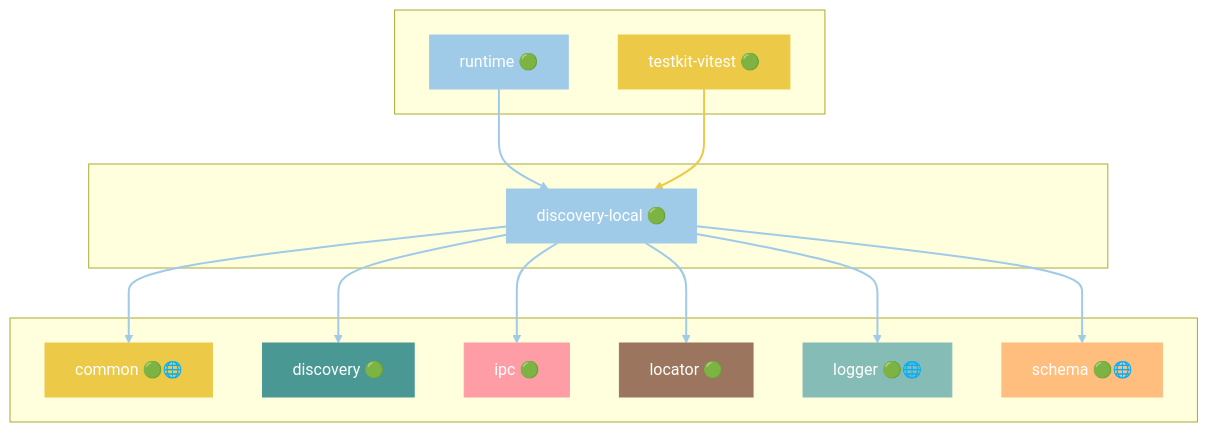
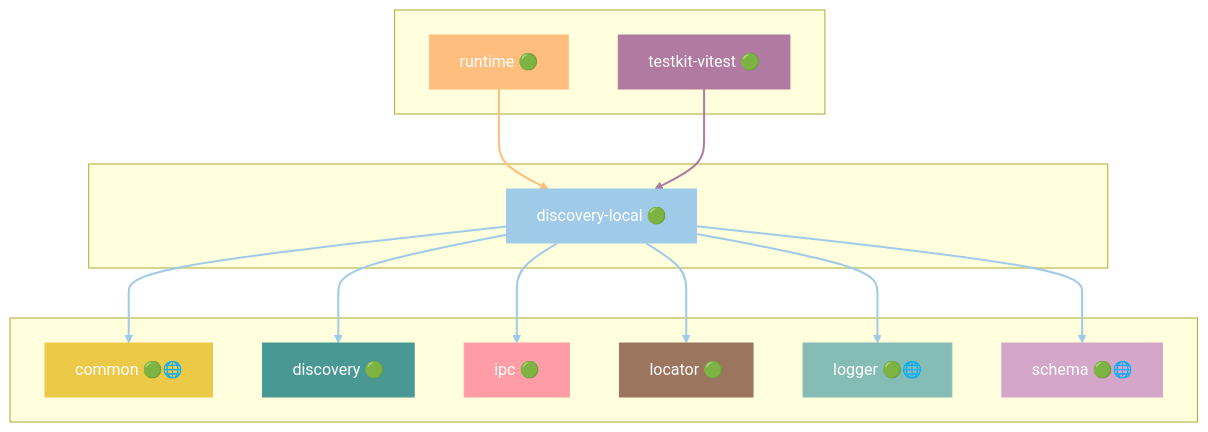
Before and after one commit to grest-ts/grest-ts: diagram 17 of 47 in docs/DEPENDENCIES.md, drawn with Mermaid. The commit also changed other lines of this file and 27 other files, not shown here.

````diff
--- a/docs/DEPENDENCIES.md
+++ b/docs/DEPENDENCIES.md
@@ -981,43 +965,43 @@
 ```mermaid
 flowchart TB
     subgraph Dependents[" "]
         runtime["runtime 🟢"]
         testkit-vitest["testkit-vitest 🟢"]
     end
     subgraph Package[" "]
         discovery-local["discovery-local 🟢"]
     end
     subgraph Dependencies[" "]
         common["common 🟢🌐"]
         discovery["discovery 🟢"]
         ipc["ipc 🟢"]
         locator["locator 🟢"]
         logger["logger 🟢🌐"]
         schema["schema 🟢🌐"]
     end
     runtime --> discovery-local
     testkit-vitest --> discovery-local
     discovery-local --> common
     discovery-local --> discovery
     discovery-local --> ipc
     discovery-local --> locator
     discovery-local --> logger
     discovery-local --> schema
     style discovery-local fill:#A0CBE8,stroke:#A0CBE8,color:#fff
-    style runtime fill:#A0CBE8,stroke:#A0CBE8,color:#fff
-    style testkit-vitest fill:#EDC948,stroke:#EDC948,color:#fff
+    style runtime fill:#FFBE7D,stroke:#FFBE7D,color:#fff
+    style testkit-vitest fill:#B07AA1,stroke:#B07AA1,color:#fff
     style common fill:#EDC948,stroke:#EDC948,color:#fff
     style discovery fill:#499894,stroke:#499894,color:#fff
     style ipc fill:#FF9DA7,stroke:#FF9DA7,color:#fff
     style locator fill:#9C755F,stroke:#9C755F,color:#fff
     style logger fill:#86BCB6,stroke:#86BCB6,color:#fff
-    style schema fill:#FFBE7D,stroke:#FFBE7D,color:#fff
-    linkStyle 0 stroke:#A0CBE8,stroke-width:2px
-    linkStyle 1 stroke:#EDC948,stroke-width:2px
+    style schema fill:#D4A6C8,stroke:#D4A6C8,color:#fff
+    linkStyle 0 stroke:#FFBE7D,stroke-width:2px
+    linkStyle 1 stroke:#B07AA1,stroke-width:2px
     linkStyle 2 stroke:#A0CBE8,stroke-width:2px
     linkStyle 3 stroke:#A0CBE8,stroke-width:2px
     linkStyle 4 stroke:#A0CBE8,stroke-width:2px
     linkStyle 5 stroke:#A0CBE8,stroke-width:2px
     linkStyle 6 stroke:#A0CBE8,stroke-width:2px
     linkStyle 7 stroke:#A0CBE8,stroke-width:2px
 ```
````
